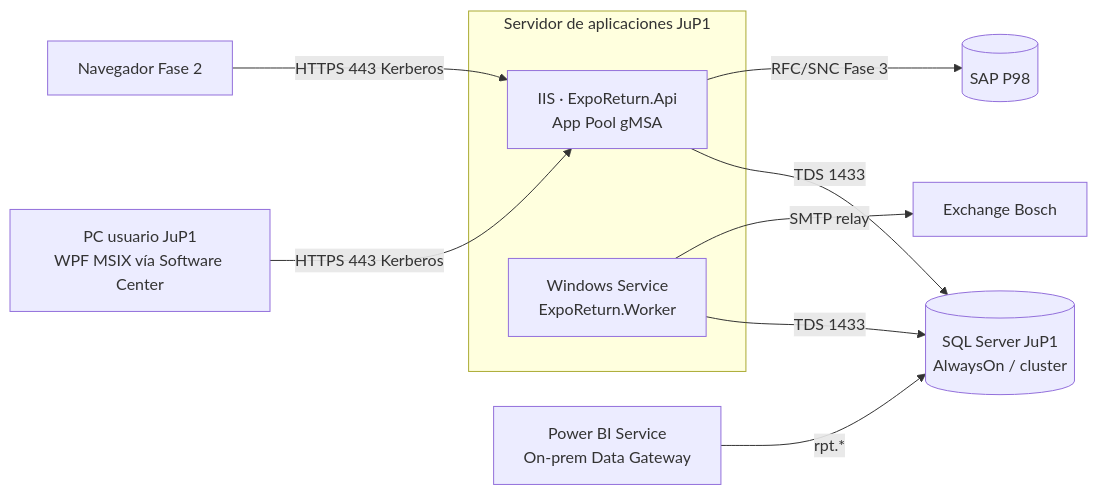
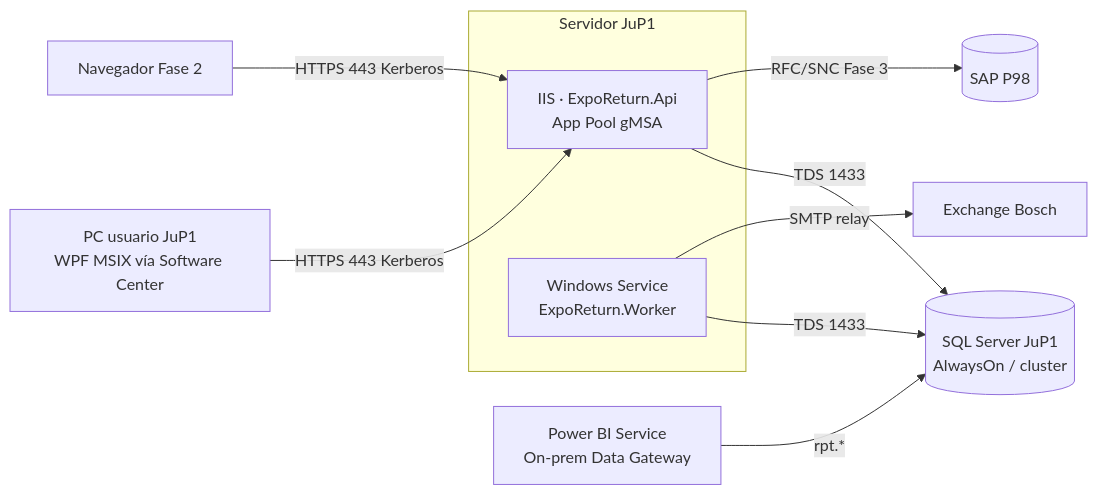
The second of 2 diagrams in docs/01_Arquitectura_Solucion.md (luisreyna060318-alt/ib-process-test), drawn with Mermaid before and after one commit. The commit also changed other lines of this file and 18 other files, not shown here.

````diff
--- a/docs/01_Arquitectura_Solucion.md
+++ b/docs/01_Arquitectura_Solucion.md
@@ -299,14 +301,14 @@
 ```mermaid
 flowchart LR
     PC[PC usuario JuP1<br/>WPF MSIX vía Software Center] -- HTTPS 443 Kerberos --> IIS
     BR[Navegador Fase 2] -- HTTPS 443 Kerberos --> IIS
-    subgraph APPSRV[Servidor de aplicaciones JuP1]
+    subgraph APPSRV["Servidor JuP1"]
         IIS[IIS · ExpoReturn.Api<br/>App Pool gMSA]
         SVC[Windows Service<br/>ExpoReturn.Worker]
     end
     IIS -- TDS 1433 --> SQL[(SQL Server JuP1<br/>AlwaysOn / cluster)]
     SVC -- TDS 1433 --> SQL
     SVC -- SMTP relay --> MAIL[Exchange Bosch]
     IIS -- RFC/SNC Fase 3 --> P98[(SAP P98)]
     PBIS[Power BI Service<br/>On-prem Data Gateway] -- rpt.* --> SQL
 ```
````
